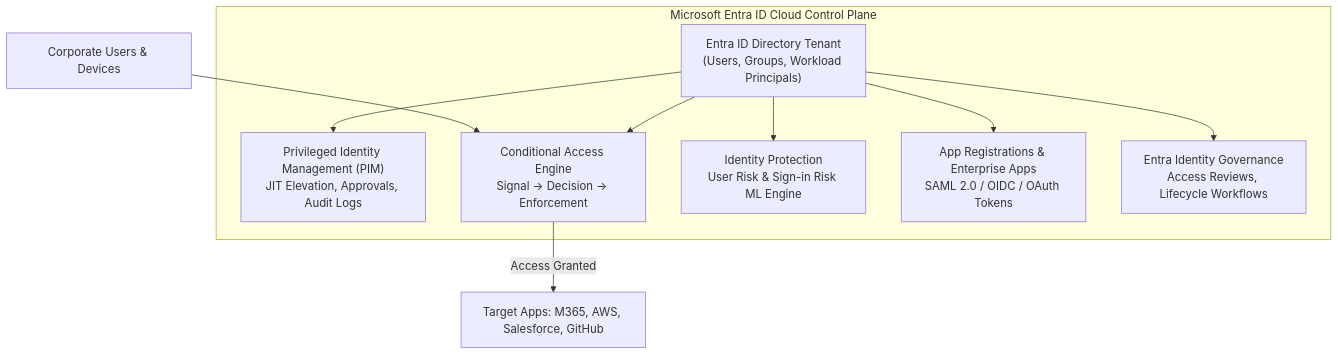
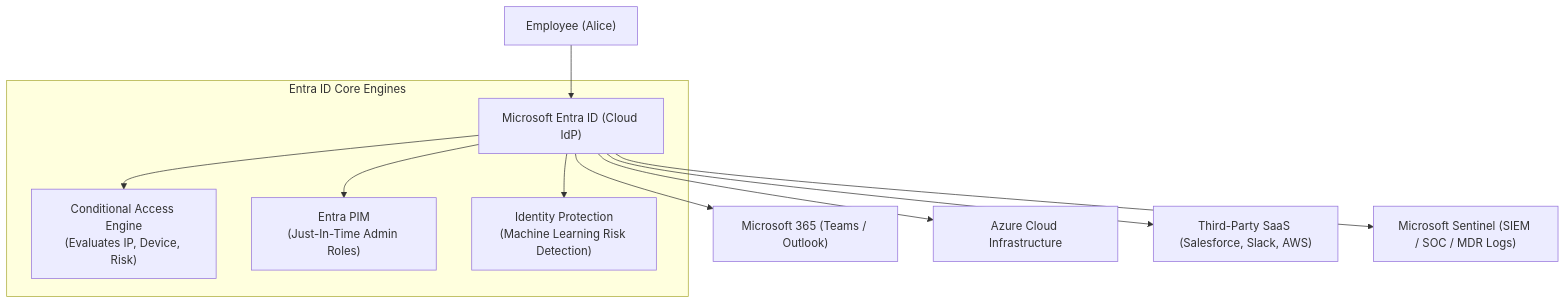
One commit to varunks04/CBS-Roleplay changed the first of 2 diagrams in IAM/04_Tools_and_Platforms/01_Microsoft_Entra_ID.md. Above: the diagram before and after it, drawn with Mermaid. The commit also changed other lines of this file and 37 other files, not shown here.

````diff
--- a/IAM/04_Tools_and_Platforms/01_Microsoft_Entra_ID.md
+++ b/IAM/04_Tools_and_Platforms/01_Microsoft_Entra_ID.md
@@ -13,17 +31,15 @@
 ```mermaid
-graph TD
-    subgraph "Microsoft Entra ID Cloud Control Plane"
-        Tenant["Entra ID Directory Tenant<br>(Users, Groups, Workload Principals)"]
-        
-        PIM["Privileged Identity Management (PIM)<br>JIT Elevation, Approvals, Audit Logs"]
-        CA["Conditional Access Engine<br>Signal -> Decision -> Enforcement"]
-        IDP["Identity Protection<br>User Risk & Sign-in Risk ML Engine"]
-        AppReg["App Registrations & Enterprise Apps<br>SAML 2.0 / OIDC / OAuth Tokens"]
-        Gov["Entra Identity Governance<br>Access Reviews, Lifecycle Workflows"]
-        
-        Tenant --> PIM & CA & IDP & AppReg & Gov
+flowchart TD
+    User["Employee (Alice)"] --> Entra["Microsoft Entra ID (Cloud IdP)"]
+    
+    subgraph "Entra ID Core Engines"
+        Entra --> CA["Conditional Access Engine<br/>(Evaluates IP, Device, Risk)"]
+        Entra --> PIM["Entra PIM<br/>(Just-In-Time Admin Roles)"]
+        Entra --> IP["Identity Protection<br/>(Machine Learning Risk Detection)"]
     end
 
-    Users["Corporate Users & Devices"] --> CA
-    CA -->|Access Granted| Apps["Target Apps: M365, AWS, Salesforce, GitHub"]
+    Entra --> M365["Microsoft 365 (Teams / Outlook)"]
+    Entra --> Azure["Azure Cloud Infrastructure"]
+    Entra --> SaaS["Third-Party SaaS (Salesforce, Slack, AWS)"]
+    Entra --> SIEM["Microsoft Sentinel (SIEM / SOC / MDR Logs)"]
 ```
````
